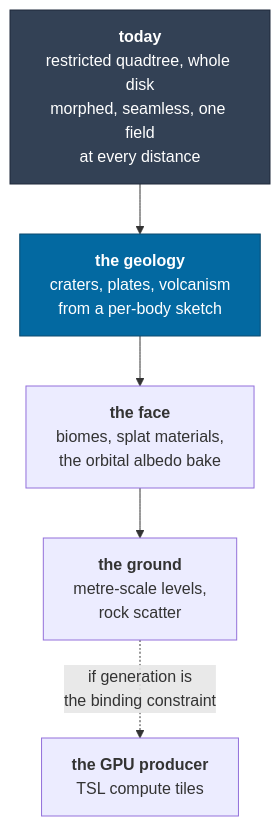
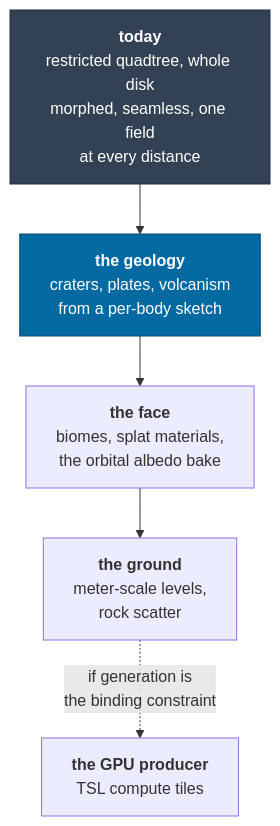
One commit to jonjaques/inertialref changed the second of 3 diagrams in docs/roadmap.md. Above: the diagram before and after it, drawn with Mermaid. The commit also changed 19 other files, not shown here.

````diff
--- a/docs/roadmap.md
+++ b/docs/roadmap.md
@@ -114,14 +114,14 @@
 ```mermaid
 flowchart TB
     NOW["<b>today</b><br/>restricted quadtree, whole disk<br/>morphed, seamless, one field<br/>at every distance"]
     C["<b>the geology</b><br/>craters, plates, volcanism<br/>from a per-body sketch"]
     D["<b>the face</b><br/>biomes, splat materials,<br/>the orbital albedo bake"]
-    E["<b>the ground</b><br/>metre-scale levels,<br/>rock scatter"]
+    E["<b>the ground</b><br/>meter-scale levels,<br/>rock scatter"]
     F["<b>the GPU producer</b><br/>TSL compute tiles"]
 
     NOW --> C --> D --> E
     E -.->|"if generation is<br/>the binding constraint"| F
 
     style NOW fill:#334155,stroke:#1e293b,color:#fff
     style C fill:#0369a1,stroke:#0c4a6e,color:#fff
 ```
````
